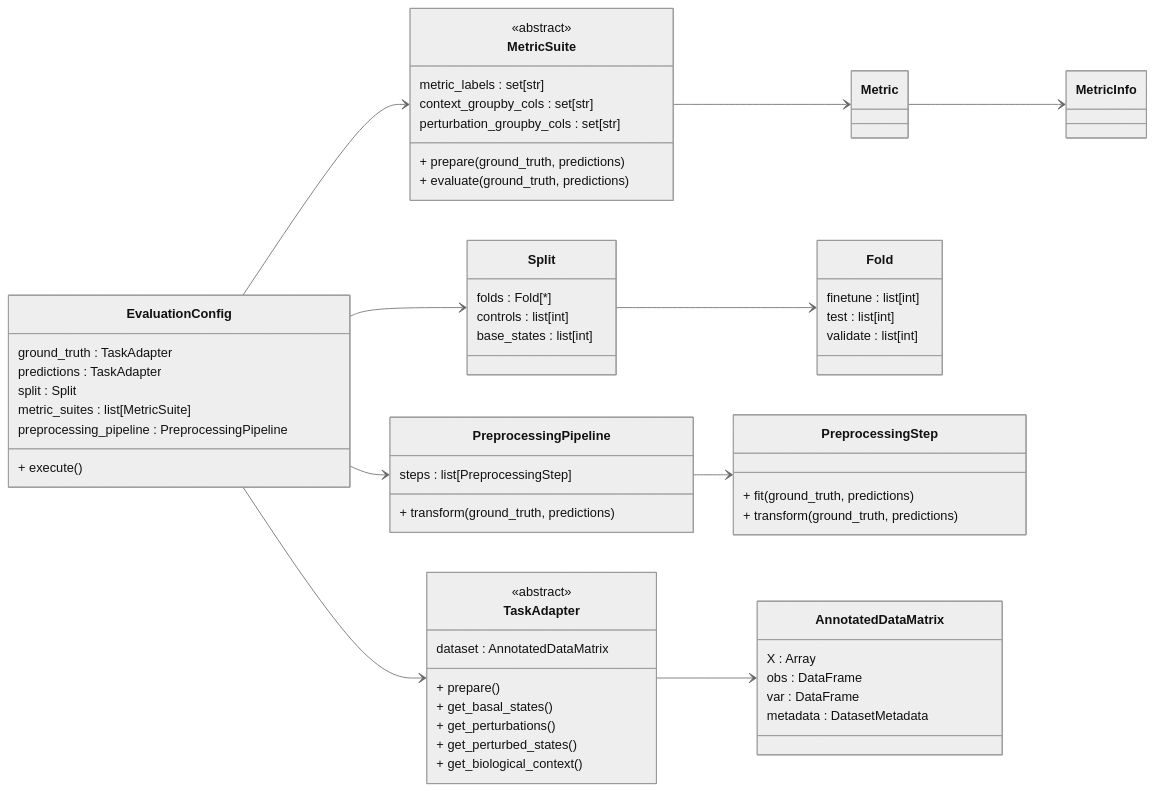
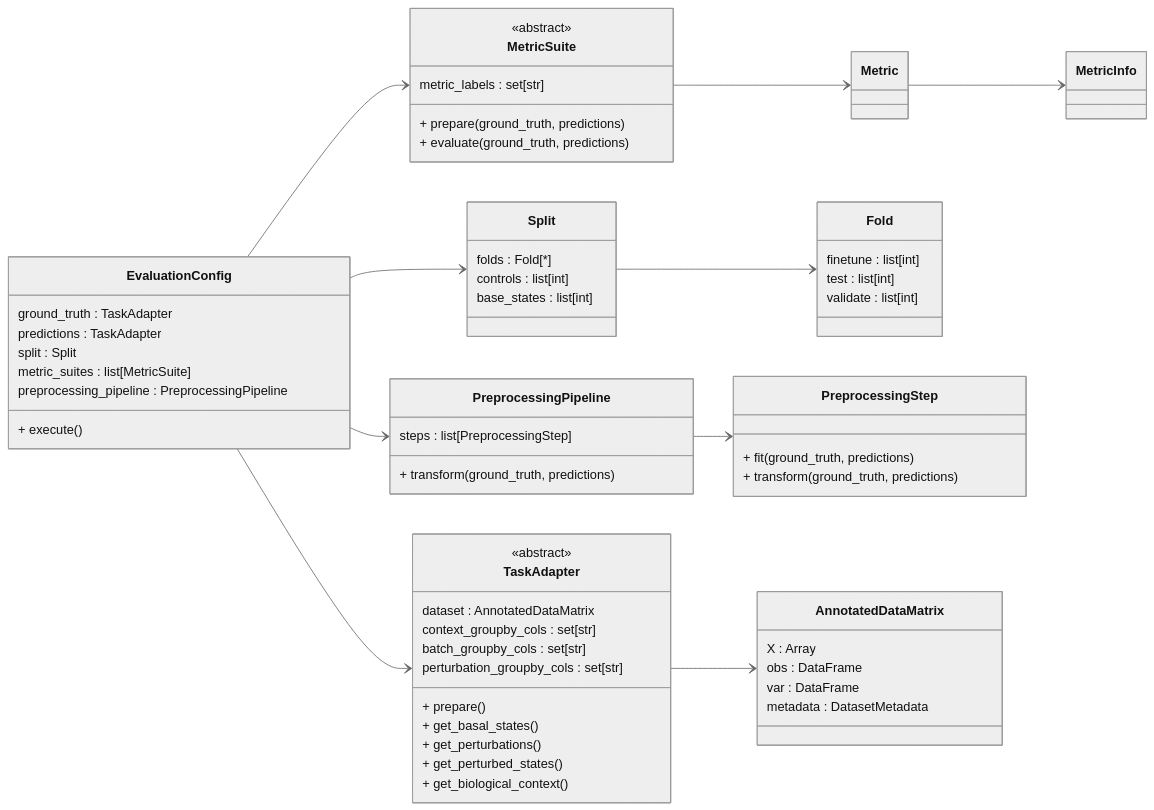
Before and after one commit to ctr26/hooke: the diagram in packages/vcb/README.md, drawn with Mermaid (neutral theme). The commit also changed other lines of this file and 26 other files, not shown here.

````diff
--- a/packages/vcb/README.md
+++ b/packages/vcb/README.md
@@ -30,69 +30,70 @@
 ```mermaid
 classDiagram
     direction LR
     
     class EvaluationConfig {
         ground_truth : TaskAdapter
         predictions : TaskAdapter
         split : Split
         metric_suites : list[MetricSuite]
         preprocessing_pipeline : PreprocessingPipeline
         + execute()
     }
     class MetricSuite {
         <<abstract>>
         metric_labels : set[str]
-        context_groupby_cols : set[str]
-        perturbation_groupby_cols : set[str]
         + prepare(ground_truth, predictions)
         + evaluate(ground_truth, predictions)
     }
     class Metric
     class MetricInfo
     class TaskAdapter {
         <<abstract>>
         dataset : AnnotatedDataMatrix
+        context_groupby_cols : set[str]
+        batch_groupby_cols : set[str]
+        perturbation_groupby_cols : set[str]
         + prepare()
         + get_basal_states()
         + get_perturbations()
         + get_perturbed_states()
         + get_biological_context()
     }
     class Split {
         folds : Fold[*]
         controls : list[int]
         base_states : list[int]
     }
     class Fold {
         finetune : list[int]
         test : list[int]
         validate : list[int]
     }
     class PreprocessingPipeline {
         steps : list[PreprocessingStep]
         + transform(ground_truth, predictions)
     }
     class PreprocessingStep {
         + fit(ground_truth, predictions)
         + transform(ground_truth, predictions)
     }
     class AnnotatedDataMatrix {
         X : Array
         obs : DataFrame
         var : DataFrame
         metadata : DatasetMetadata
     }
     
     %% Relationships
     
     EvaluationConfig --> TaskAdapter
     EvaluationConfig --> Split
     EvaluationConfig --> MetricSuite
     EvaluationConfig --> PreprocessingPipeline
     
     MetricSuite --> Metric
     Metric --> MetricInfo 
     Split --> Fold
     PreprocessingPipeline  --> PreprocessingStep
     TaskAdapter --> AnnotatedDataMatrix    
 ```
````
